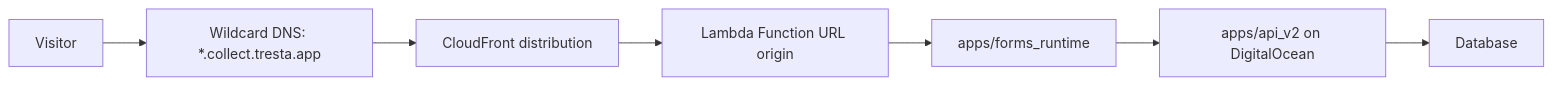
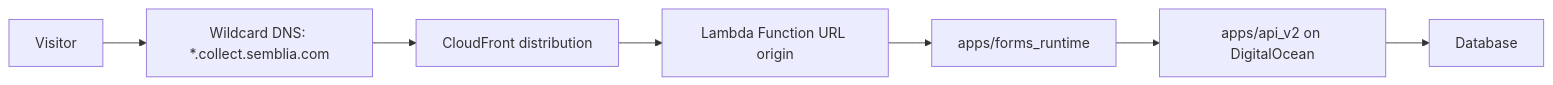
The diagram in docs/plans/2026-05-30-hosted-forms-runtime-plan.md (Semblia/semblia), drawn with Mermaid before and after one commit. The commit also changed other lines of this file and 328 other files, not shown here.

````diff
--- a/docs/plans/2026-05-30-hosted-forms-runtime-plan.md
+++ b/docs/plans/2026-05-30-hosted-forms-runtime-plan.md
@@ -92,11 +92,11 @@
 ```mermaid
 flowchart LR
   Browser["Visitor"]
-  DNS["Wildcard DNS: *.collect.tresta.app"]
+  DNS["Wildcard DNS: *.collect.semblia.com"]
   CF["CloudFront distribution"]
   FnURL["Lambda Function URL origin"]
   FormsRuntime["apps/forms_runtime"]
   API["apps/api_v2 on DigitalOcean"]
   DB["Database"]
   Browser --> DNS --> CF --> FnURL --> FormsRuntime --> API --> DB
 ```
````
